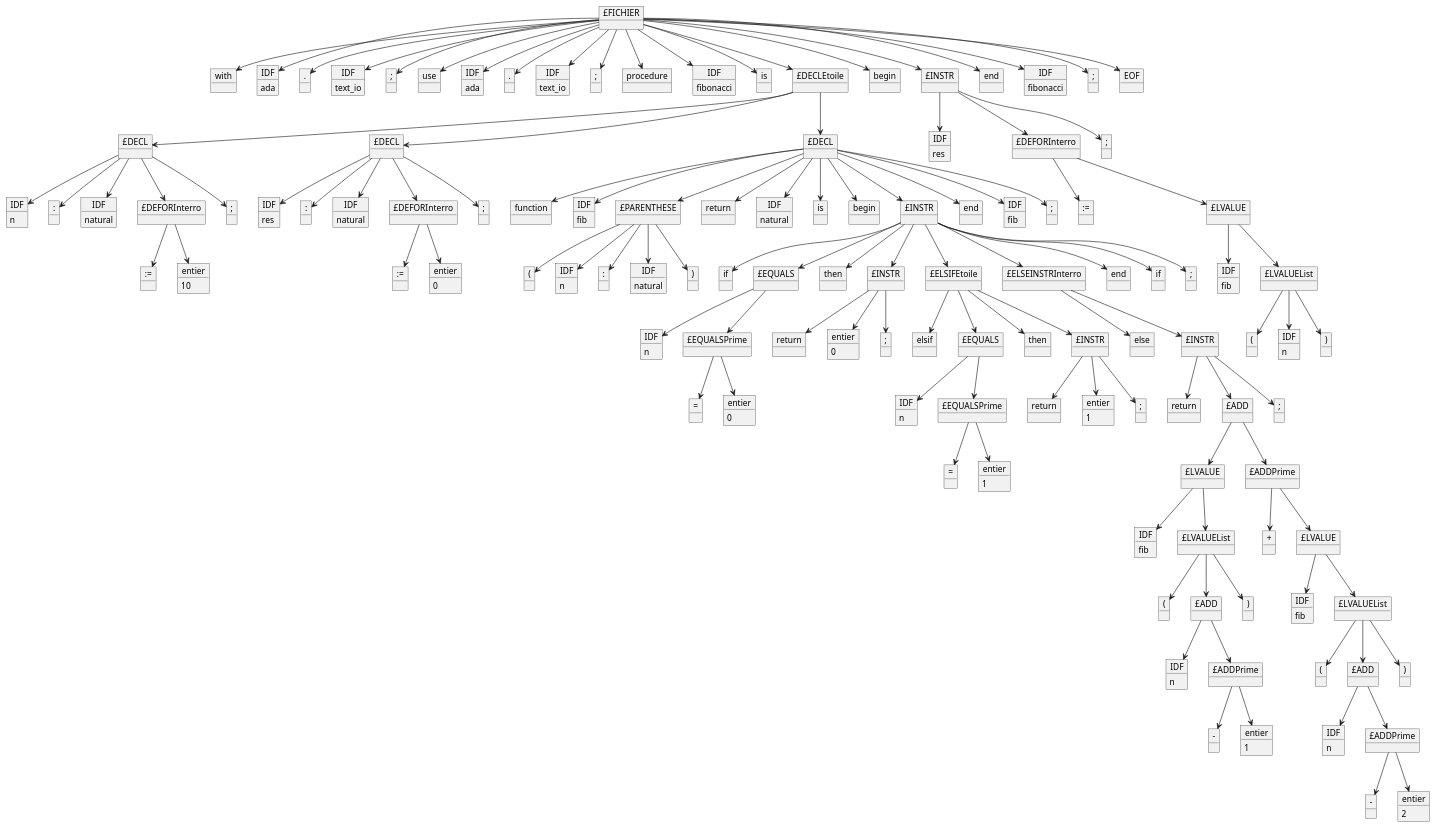
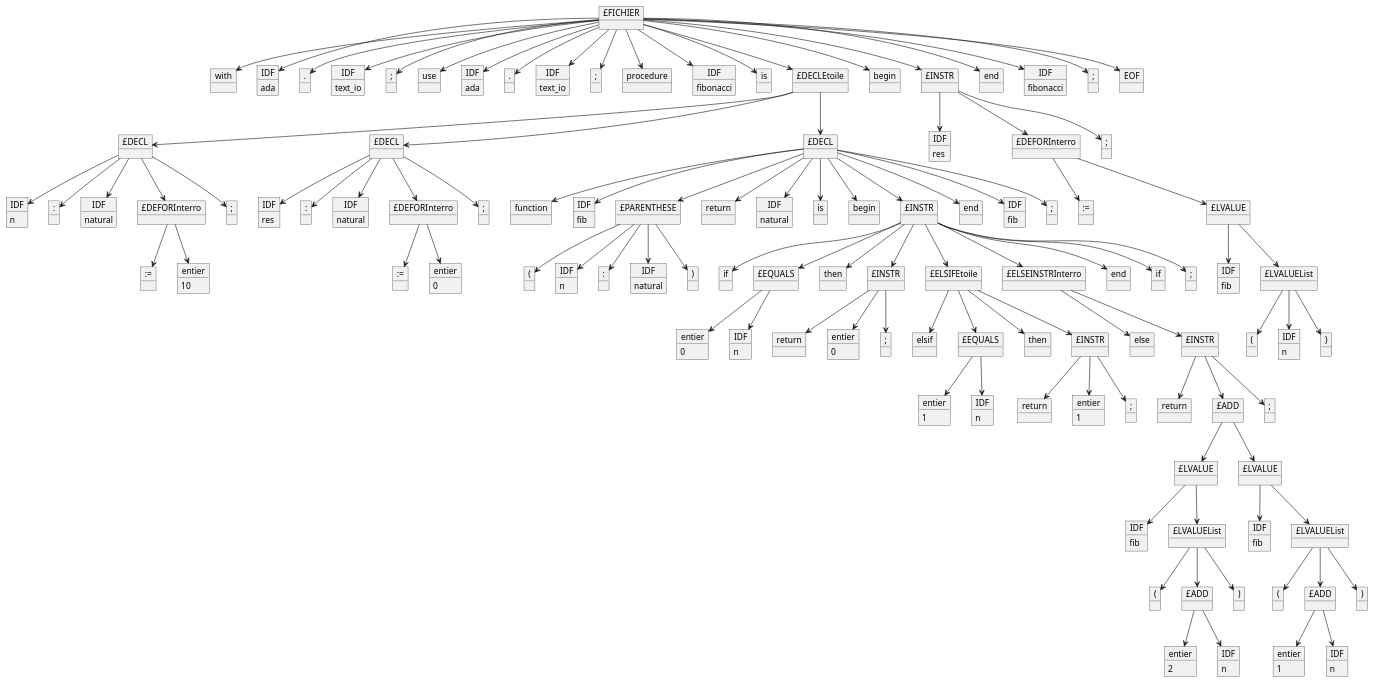
Before and after one commit to LeBoufty/pcl: the diagram in Programmes/Fonctionne/fibonaccii.adb.puml, drawn with PlantUML. The commit also changed 1 other file, not shown here.

```diff
--- a/Programmes/Fonctionne/fibonaccii.adb.puml
+++ b/Programmes/Fonctionne/fibonaccii.adb.puml
@@ -88,9 +88,10 @@
 object "IDF" as 69
 69 : fib
 object "£LVALUEList" as 70
-object "IDF" as 71
-71 : n
-object "£EQUALSPrime" as 72
+object "entier" as 71
+71 : 0
+object "IDF" as 72
+72 : n
 object "return" as 73
 object "entier" as 74
 74 : 0
@@ -105,50 +106,39 @@
 object "IDF" as 83
 83 : n
 object ")" as 84
-object "=" as 85
-object "entier" as 86
-86 : 0
-object "IDF" as 87
-87 : n
-object "£EQUALSPrime" as 88
-object "return" as 89
-object "entier" as 90
-90 : 1
-object ";" as 91
-object "return" as 92
-object "£ADD" as 93
-object ";" as 94
-object "=" as 95
-object "entier" as 96
-96 : 1
-object "£LVALUE" as 97
-object "£ADDPrime" as 98
-object "IDF" as 99
-99 : fib
-object "£LVALUEList" as 100
-object "+" as 101
-object "£LVALUE" as 102
-object "(" as 103
-object "£ADD" as 104
-object ")" as 105
+object "entier" as 85
+85 : 1
+object "IDF" as 86
+86 : n
+object "return" as 87
+object "entier" as 88
+88 : 1
+object ";" as 89
+object "return" as 90
+object "£ADD" as 91
+object ";" as 92
+object "£LVALUE" as 93
+object "£LVALUE" as 94
+object "IDF" as 95
+95 : fib
+object "£LVALUEList" as 96
+object "IDF" as 97
+97 : fib
+object "£LVALUEList" as 98
+object "(" as 99
+object "£ADD" as 100
+object ")" as 101
+object "(" as 102
+object "£ADD" as 103
+object ")" as 104
+object "entier" as 105
+105 : 2
 object "IDF" as 106
-106 : fib
-object "£LVALUEList" as 107
+106 : n
+object "entier" as 107
+107 : 1
 object "IDF" as 108
 108 : n
-object "£ADDPrime" as 109
-object "(" as 110
-object "£ADD" as 111
-object ")" as 112
-object "-" as 113
-object "entier" as 114
-114 : 1
-object "IDF" as 115
-115 : n
-object "£ADDPrime" as 116
-object "-" as 117
-object "entier" as 118
-118 : 2
 1 -down-> 2
 1 -down-> 3
 1 -down-> 4
@@ -232,38 +222,28 @@
 70 -down-> 82
 70 -down-> 83
 70 -down-> 84
-72 -down-> 85
-72 -down-> 86
-77 -down-> 87
-77 -down-> 88
+77 -down-> 85
+77 -down-> 86
+79 -down-> 87
+79 -down-> 88
 79 -down-> 89
-79 -down-> 90
-79 -down-> 91
+81 -down-> 90
+81 -down-> 91
 81 -down-> 92
-81 -down-> 93
-81 -down-> 94
-88 -down-> 95
-88 -down-> 96
-93 -down-> 97
-93 -down-> 98
-97 -down-> 99
-97 -down-> 100
-98 -down-> 101
+91 -down-> 93
+91 -down-> 94
+93 -down-> 95
+93 -down-> 96
+94 -down-> 97
+94 -down-> 98
+96 -down-> 99
+96 -down-> 100
+96 -down-> 101
 98 -down-> 102
-100 -down-> 103
-100 -down-> 104
+98 -down-> 103
+98 -down-> 104
 100 -down-> 105
-102 -down-> 106
-102 -down-> 107
-104 -down-> 108
-104 -down-> 109
-107 -down-> 110
-107 -down-> 111
-107 -down-> 112
-109 -down-> 113
-109 -down-> 114
-111 -down-> 115
-111 -down-> 116
-116 -down-> 117
-116 -down-> 118
+100 -down-> 106
+103 -down-> 107
+103 -down-> 108
 @enduml
```
